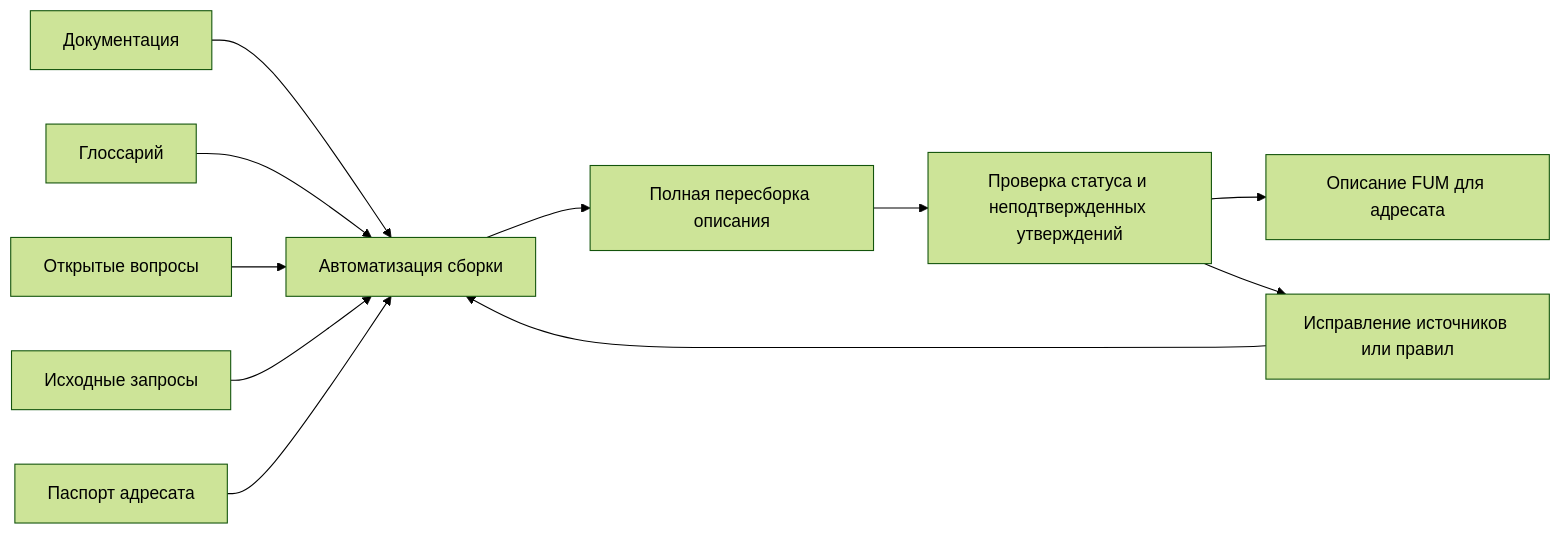
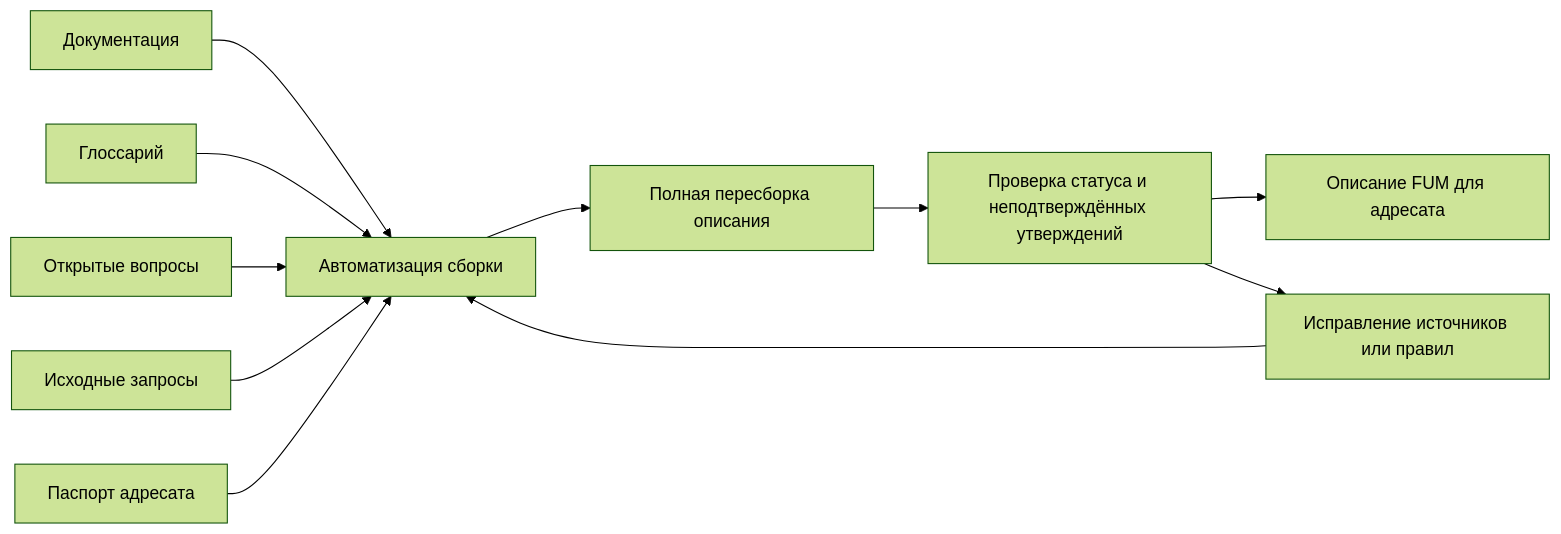
Before and after one commit to fum-lab/fum: the diagram in Документация/18-описания-FUM-для-адресатов.md, drawn with Mermaid (forest theme). The commit also changed other lines of this file and 187 other files, not shown here.

````diff
--- a/Документация/18-описания-FUM-для-адресатов.md
+++ b/Документация/18-описания-FUM-для-адресатов.md
@@ -39,13 +39,13 @@
 ```mermaid
 flowchart LR
     docs["Документация"] --> automation["Автоматизация сборки"]
     glossary["Глоссарий"] --> automation
     questions["Открытые вопросы"] --> automation
     requests["Исходные запросы"] --> automation
     audience["Паспорт адресата"] --> automation
     automation --> draft["Полная пересборка описания"]
-    draft --> checks["Проверка статуса и неподтвержденных утверждений"]
+    draft --> checks["Проверка статуса и неподтверждённых утверждений"]
     checks --> description["Описание FUM для адресата"]
     checks --> fixes["Исправление источников или правил"]
     fixes --> automation
 ```
````
